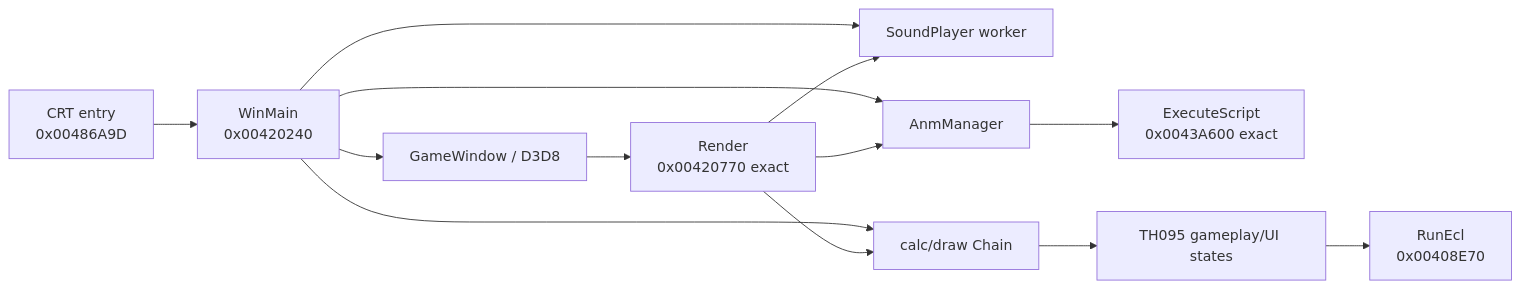
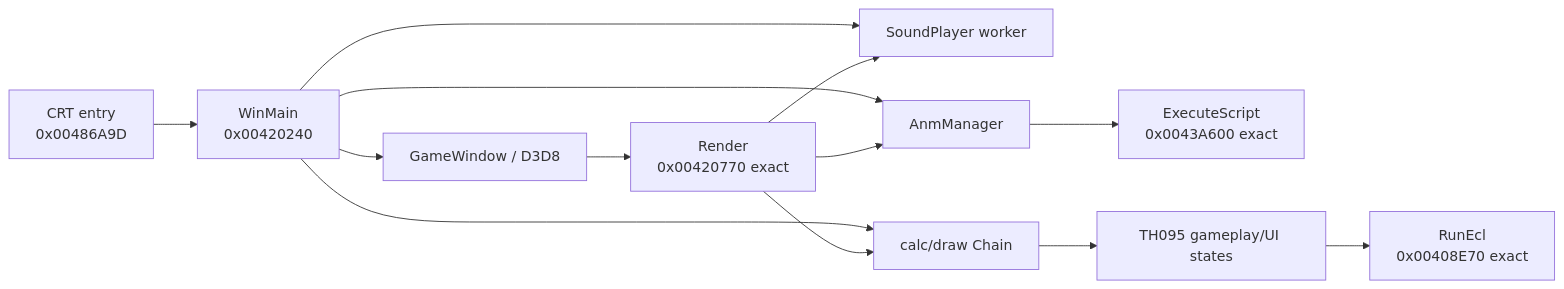
Before and after one commit to N0zoM1z0/th095: the diagram in docs/ARCHITECTURE.md, drawn with Mermaid. The commit also changed other lines of this file and 47 other files, not shown here.

Commit message:
Reconstruct EclManager RunEcl exactly

````diff
--- a/docs/ARCHITECTURE.md
+++ b/docs/ARCHITECTURE.md
@@ -58,15 +58,15 @@
 ```mermaid
 flowchart LR
     CRT[CRT entry\n0x00486A9D] --> Main[WinMain\n0x00420240]
     Main --> Window[GameWindow / D3D8]
     Main --> Sound[SoundPlayer worker]
     Main --> Chain[calc/draw Chain]
     Main --> Anm[AnmManager]
     Window --> Render[Render\n0x00420770 exact]
     Render --> Chain
     Render --> Sound
     Render --> Anm
     Anm --> AnmVM[ExecuteScript\n0x0043A600 exact]
     Chain --> Game[TH095 gameplay/UI states]
-    Game --> EclVM[RunEcl\n0x00408E70]
+    Game --> EclVM[RunEcl\n0x00408E70 exact]
 ```
````
